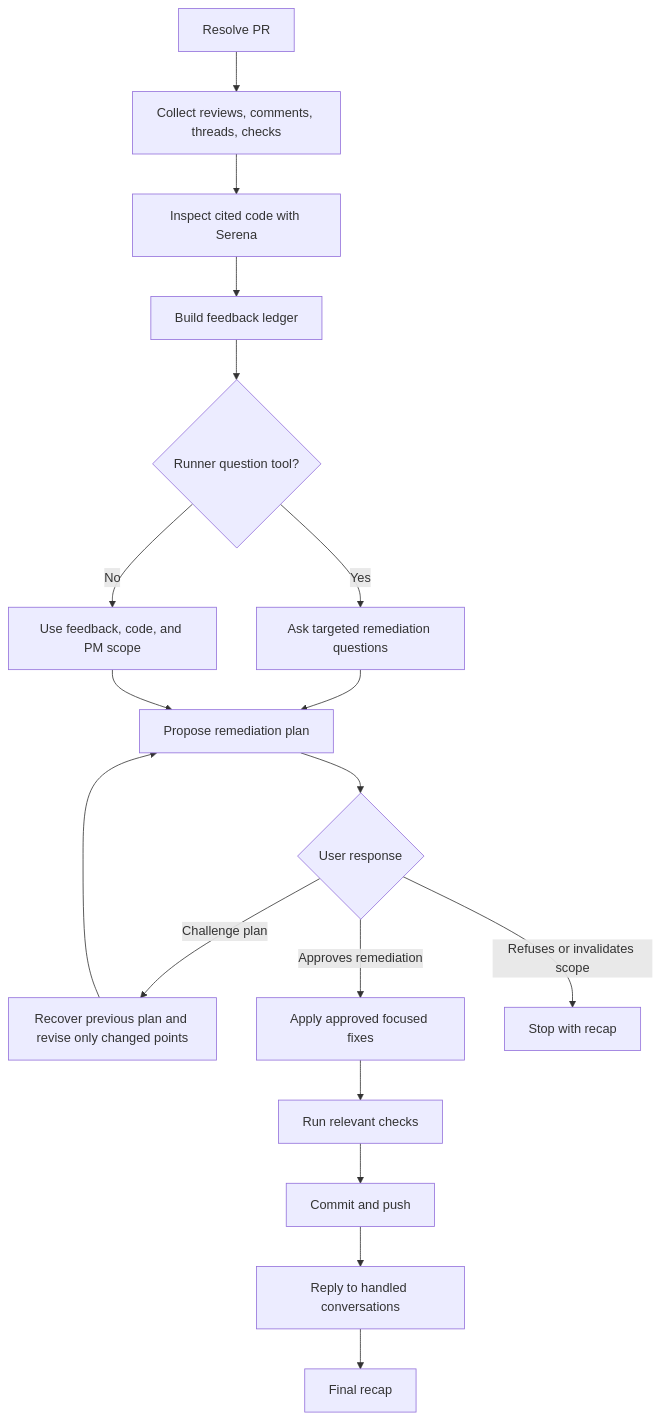
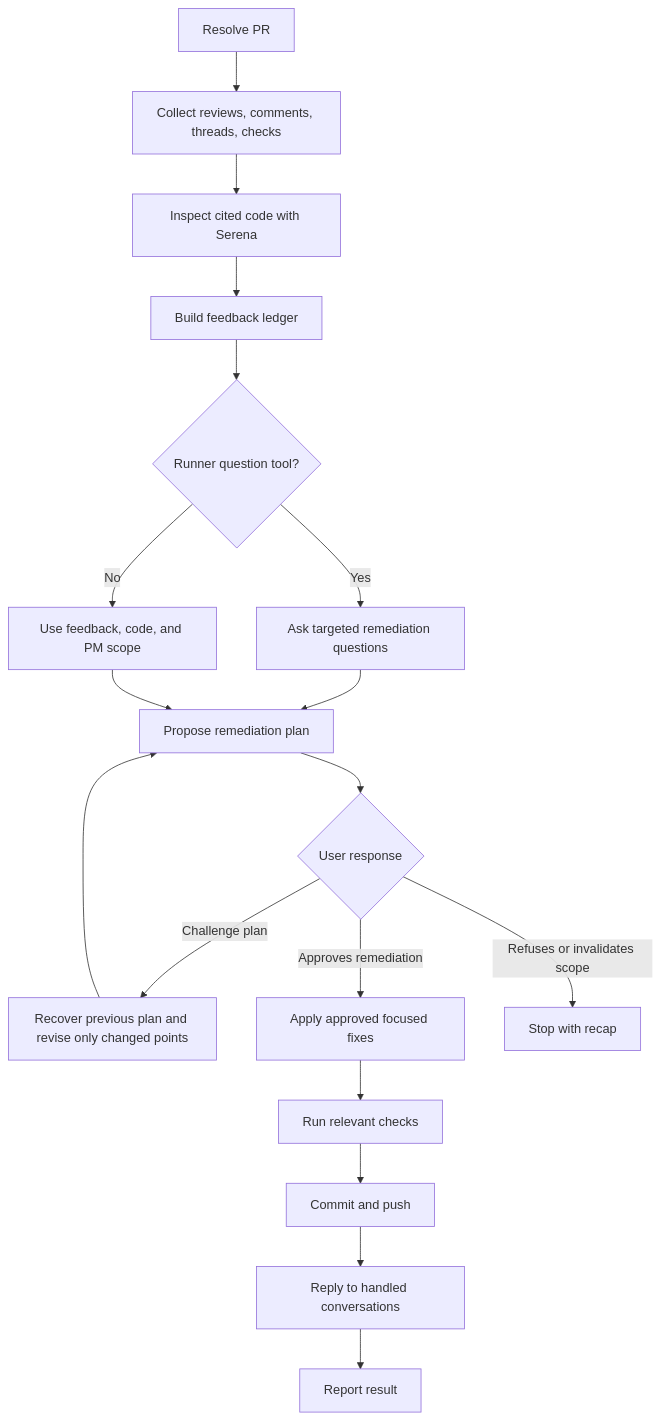
One commit to mvagnon/plan-based-agentic-workflow changed the diagram in skills/fix-pr/SKILL.md. Above: the diagram before and after it, drawn with Mermaid. The commit also changed other lines of this file and 10 other files, not shown here.

````diff
--- a/skills/fix-pr/SKILL.md
+++ b/skills/fix-pr/SKILL.md
@@ -20,20 +20,20 @@
 ```mermaid
 flowchart TD
   A[Resolve PR] --> B[Collect reviews, comments, threads, checks]
   B --> C[Inspect cited code with Serena]
   C --> D[Build feedback ledger]
   D --> E{Runner question tool?}
   E -->|Yes| F[Ask targeted remediation questions]
   E -->|No| G[Use feedback, code, and PM scope]
   F --> H[Propose remediation plan]
   G --> H
   H --> I{User response}
   I -->|Challenge plan| J[Recover previous plan and revise only changed points]
   J --> H
   I -->|Approves remediation| K[Apply approved focused fixes]
   I -->|Refuses or invalidates scope| L[Stop with recap]
   K --> M[Run relevant checks]
   M --> N[Commit and push]
   N --> O[Reply to handled conversations]
-  O --> P[Final recap]
+  O --> P[Report result]
 ```
````
